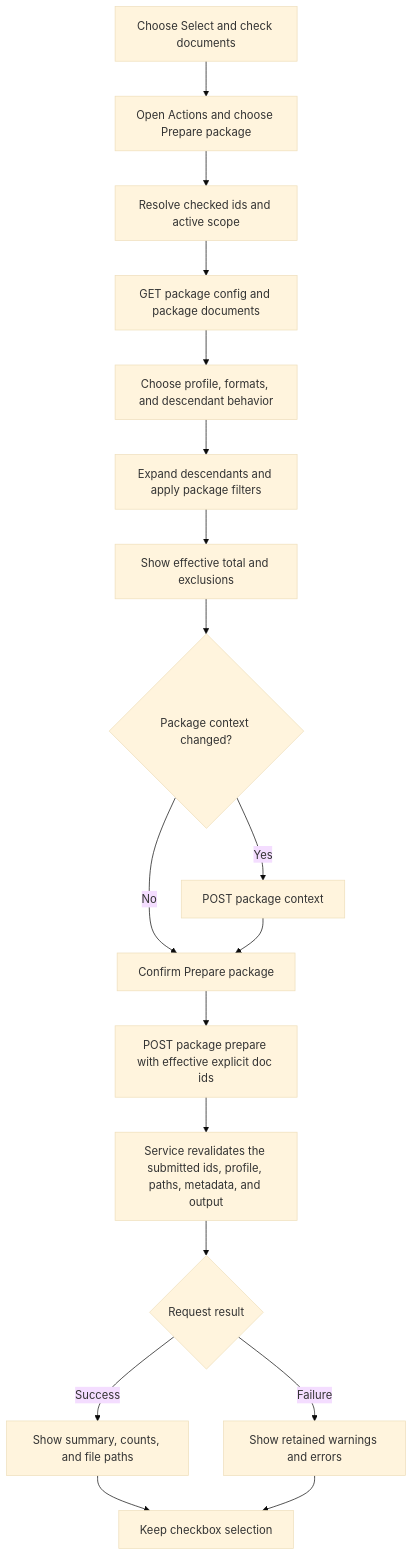
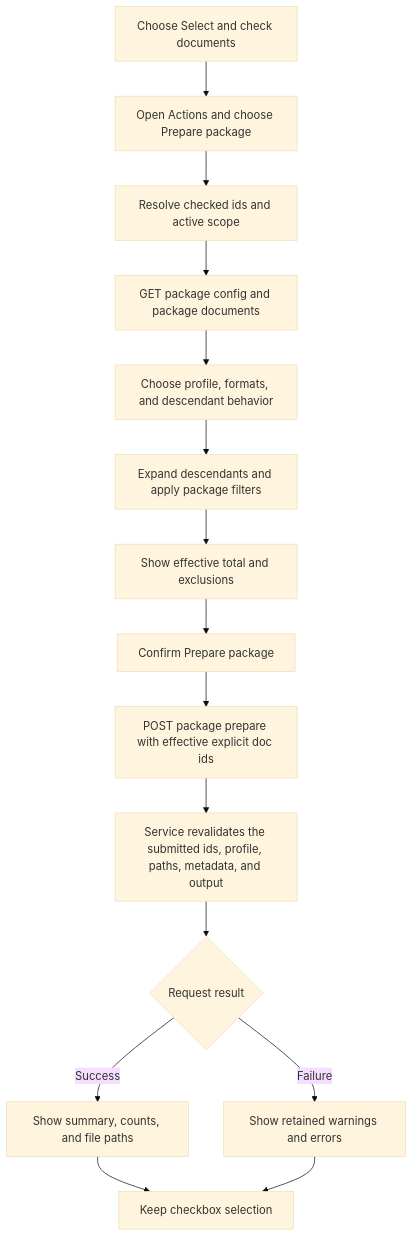
The diagram in docs-viewer/scopes/studio/source/documents/d-20260722-151224-7b61c4.md (dotlineform/dotlineform-site), drawn with Mermaid (base theme) before and after one commit. The commit also changed other lines of this file and 32 other files, not shown here.

Commit message:
Removed the package-context feature end to end

````diff
--- a/docs-viewer/scopes/studio/source/documents/d-20260722-151224-7b61c4.md
+++ b/docs-viewer/scopes/studio/source/documents/d-20260722-151224-7b61c4.md
@@ -75,22 +74,19 @@
 ```mermaid
 flowchart TD
   accTitle: Prepare package user and service workflow
   accDescr: Checked documents and the active scope enter one compact workflow which uses the existing document package endpoints and leaves selection unchanged.
   selectDocs[Choose Select and check documents] --> openAction[Open Actions and choose Prepare package]
   openAction --> resolveTarget[Resolve checked ids and active scope]
   resolveTarget --> readOptions[GET package config and package documents]
   readOptions --> options[Choose profile, formats, and descendant behavior]
   options --> projectTarget[Expand descendants and apply package filters]
   projectTarget --> showTotal[Show effective total and exclusions]
-  showTotal --> editContext{Package context changed?}
-  editContext -->|Yes| saveContext[POST package context]
-  editContext -->|No| confirm[Confirm Prepare package]
-  saveContext --> confirm
+  showTotal --> confirm[Confirm Prepare package]
   confirm --> prepare[POST package prepare with effective explicit doc ids]
   prepare --> validate[Service revalidates the submitted ids, profile, paths, metadata, and output]
   validate --> result{Request result}
   result -->|Success| success[Show summary, counts, and file paths]
   result -->|Failure| failure[Show retained warnings and errors]
   success --> unchanged[Keep checkbox selection]
   failure --> unchanged
 ```
````
